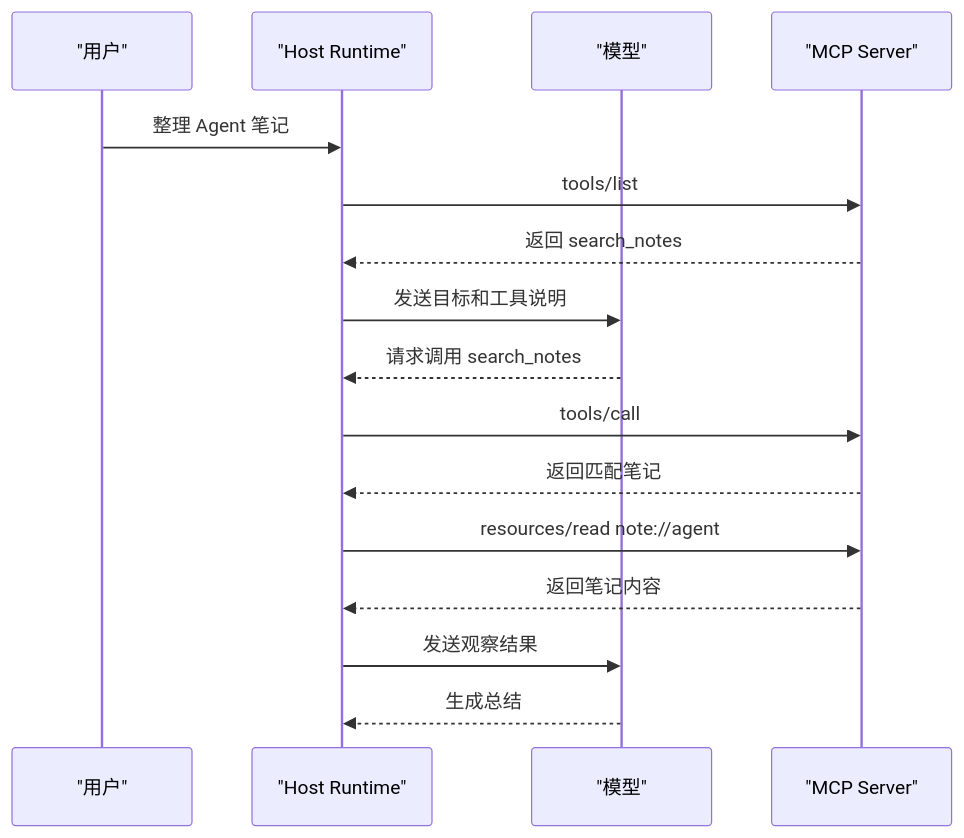
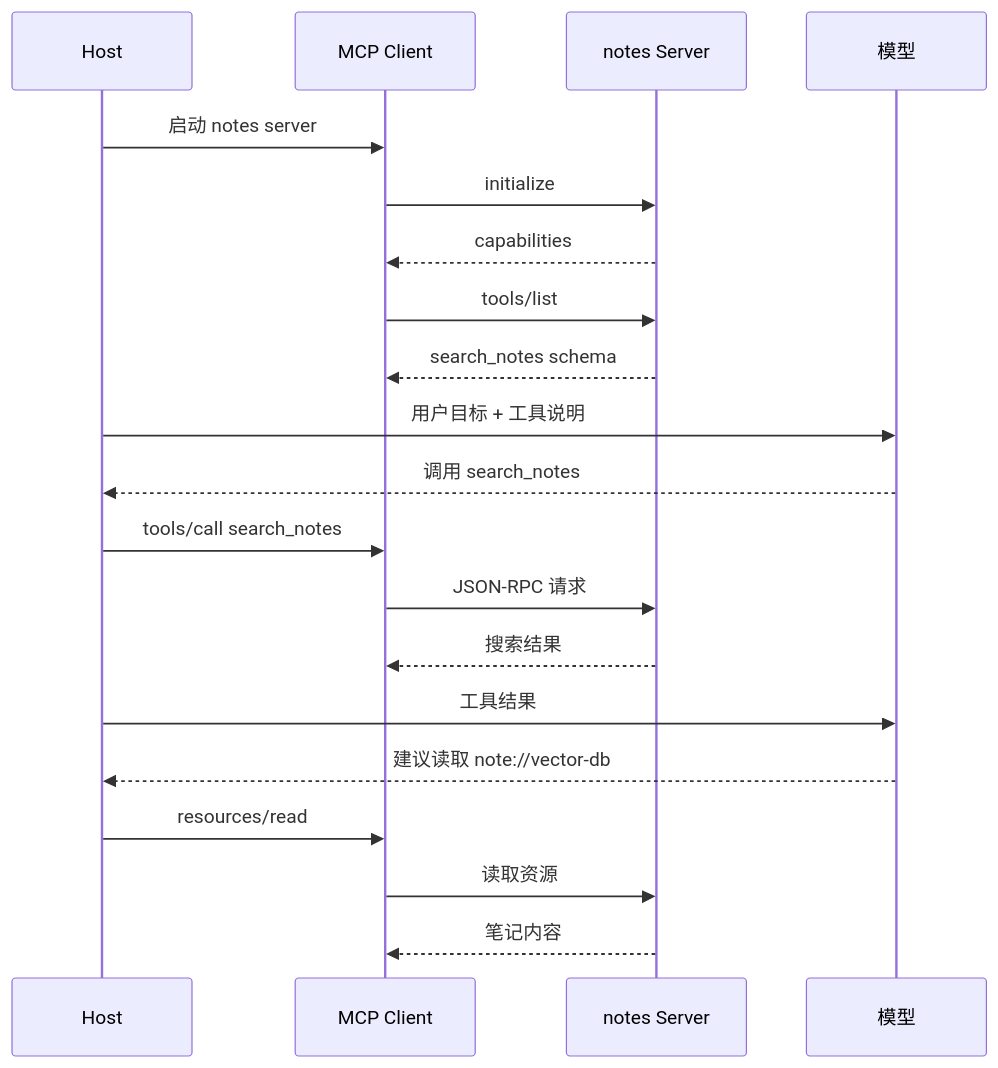
One commit to Doge2077/liyyro changed the diagram in docs/AI/Agent/Agent协议专题/MCP最小实现.md. Above: the diagram before and after it, drawn with Mermaid. The commit also changed other lines of this file and 27 other files, not shown here.

````diff
--- a/docs/AI/Agent/Agent协议专题/MCP最小实现.md
+++ b/docs/AI/Agent/Agent协议专题/MCP最小实现.md
@@ -64,19 +72,23 @@
 ```mermaid
 sequenceDiagram
-  participant U as "用户"
-  participant H as "Host Runtime"
-  participant M as "模型"
-  participant S as "MCP Server"
+  participant Host
+  participant Client as MCP Client
+  participant Server as notes Server
+  participant Model as 模型
 
-  U->>H: 整理 Agent 笔记
-  H->>S: tools/list
-  S-->>H: 返回 search_notes
-  H->>M: 发送目标和工具说明
-  M-->>H: 请求调用 search_notes
-  H->>S: tools/call
-  S-->>H: 返回匹配笔记
-  H->>S: resources/read note://agent
-  S-->>H: 返回笔记内容
-  H->>M: 发送观察结果
-  M-->>H: 生成总结
+  Host->>Client: 启动 notes server
+  Client->>Server: initialize
+  Server-->>Client: capabilities
+  Client->>Server: tools/list
+  Server-->>Client: search_notes schema
+  Host->>Model: 用户目标 + 工具说明
+  Model-->>Host: 调用 search_notes
+  Host->>Client: tools/call search_notes
+  Client->>Server: JSON-RPC 请求
+  Server-->>Client: 搜索结果
+  Host->>Model: 工具结果
+  Model-->>Host: 建议读取 note://vector-db
+  Host->>Client: resources/read
+  Client->>Server: 读取资源
+  Server-->>Client: 笔记内容
 ```
````
